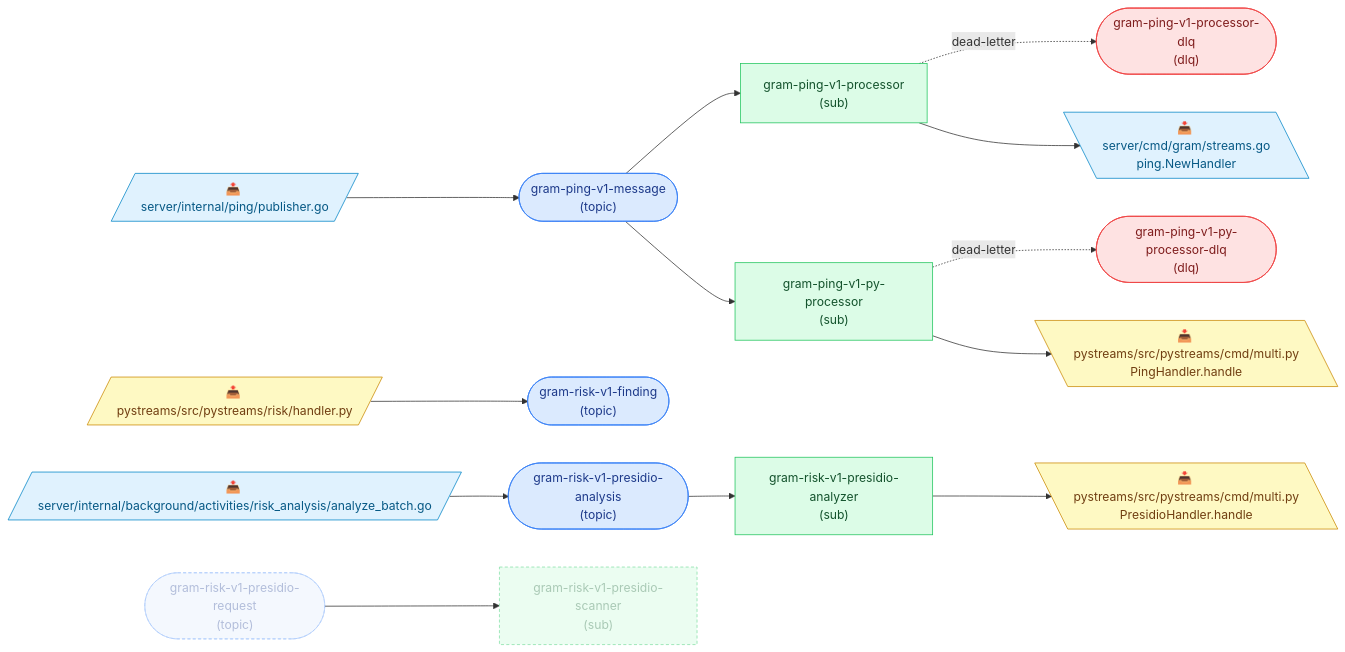
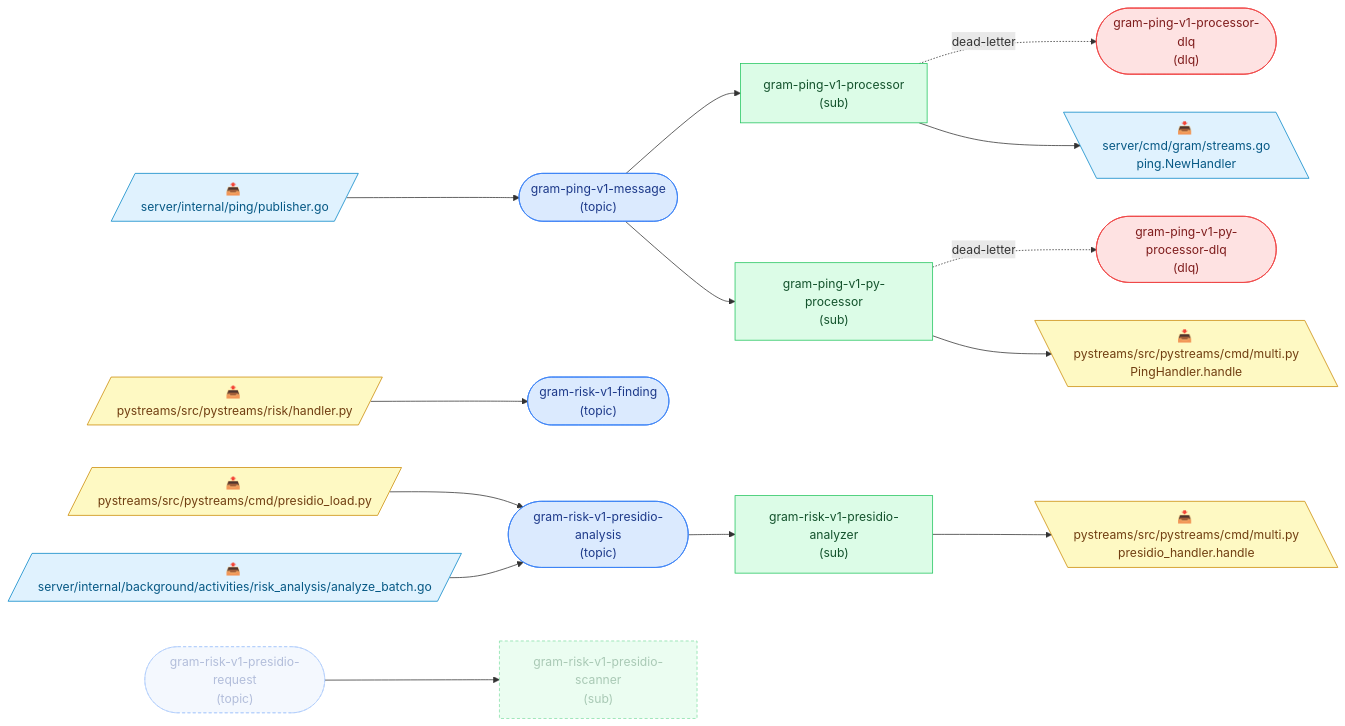
One commit to speakeasy-api/gram changed the diagram in docs/pubsub-topology.md. Above: the diagram before and after it, drawn with Mermaid. The commit also changed other lines of this file, not shown here.

Commit message:
generate infra

````diff
--- a/docs/pubsub-topology.md
+++ b/docs/pubsub-topology.md
@@ -9,57 +9,60 @@
 ```mermaid
 flowchart LR
   classDef topic fill:#dbeafe,stroke:#3b82f6,color:#1e3a8a;
   classDef dlq fill:#fee2e2,stroke:#ef4444,color:#7f1d1d;
   classDef sub fill:#dcfce7,stroke:#22c55e,color:#14532d;
   classDef go fill:#e0f2fe,stroke:#0284c7,color:#075985;
   classDef python fill:#fef9c3,stroke:#ca8a04,color:#713f12;
   classDef deprecated stroke-dasharray:4 3,opacity:0.55;
 
   t_gram_ping_v1_message(["gram-ping-v1-message<br/>(topic)"]):::topic
   click t_gram_ping_v1_message "../infra/proto/gram/ping/v1/ping.proto#L10" "infra/proto/gram/ping/v1/ping.proto"
   t_gram_ping_v1_processor_dlq(["gram-ping-v1-processor-dlq<br/>(dlq)"]):::dlq
   click t_gram_ping_v1_processor_dlq "../infra/proto/gram/ping/v1/processor.proto#L9" "infra/proto/gram/ping/v1/processor.proto"
   t_gram_ping_v1_py_processor_dlq(["gram-ping-v1-py-processor-dlq<br/>(dlq)"]):::dlq
   click t_gram_ping_v1_py_processor_dlq "../infra/proto/gram/ping/v1/processor.proto#L23" "infra/proto/gram/ping/v1/processor.proto"
   t_gram_risk_v1_finding(["gram-risk-v1-finding<br/>(topic)"]):::topic
   click t_gram_risk_v1_finding "../infra/proto/gram/risk/v1/finding.proto#L13" "infra/proto/gram/risk/v1/finding.proto"
   t_gram_risk_v1_presidio_analysis(["gram-risk-v1-presidio-analysis<br/>(topic)"]):::topic
   click t_gram_risk_v1_presidio_analysis "../infra/proto/gram/risk/v1/presidio_analysis.proto#L9" "infra/proto/gram/risk/v1/presidio_analysis.proto"
   t_gram_risk_v1_presidio_request(["gram-risk-v1-presidio-request<br/>(topic)"]):::topic
   click t_gram_risk_v1_presidio_request "../infra/proto/gram/risk/v1/presidio_request.proto#L10" "infra/proto/gram/risk/v1/presidio_request.proto"
   s_gram_ping_v1_processor["gram-ping-v1-processor<br/>(sub)"]:::sub
   click s_gram_ping_v1_processor "../infra/proto/gram/ping/v1/processor.proto#L9" "infra/proto/gram/ping/v1/processor.proto"
   s_gram_ping_v1_py_processor["gram-ping-v1-py-processor<br/>(sub)"]:::sub
   click s_gram_ping_v1_py_processor "../infra/proto/gram/ping/v1/processor.proto#L23" "infra/proto/gram/ping/v1/processor.proto"
   s_gram_risk_v1_presidio_analyzer["gram-risk-v1-presidio-analyzer<br/>(sub)"]:::sub
   click s_gram_risk_v1_presidio_analyzer "../infra/proto/gram/risk/v1/presidio_analyzer.proto#L9" "infra/proto/gram/risk/v1/presidio_analyzer.proto"
   s_gram_risk_v1_presidio_scanner["gram-risk-v1-presidio-scanner<br/>(sub)"]:::sub
   click s_gram_risk_v1_presidio_scanner "../infra/proto/gram/risk/v1/presidio_scanner.proto#L10" "infra/proto/gram/risk/v1/presidio_scanner.proto"
 
   p0[/"📤 server/internal/ping/publisher.go"/]:::go
   p0 --> t_gram_ping_v1_message
   click p0 "../server/internal/ping/publisher.go#L36" "server/internal/ping/publisher.go:36"
   p1[/"📤 pystreams/src/pystreams/risk/handler.py"/]:::python
   p1 --> t_gram_risk_v1_finding
-  click p1 "../pystreams/src/pystreams/risk/handler.py#L217" "pystreams/src/pystreams/risk/handler.py:217"
-  p2[/"📤 server/internal/background/activities/risk_analysis/analyze_batch.go"/]:::go
+  click p1 "../pystreams/src/pystreams/risk/handler.py#L166" "pystreams/src/pystreams/risk/handler.py:166"
+  p2[/"📤 pystreams/src/pystreams/cmd/presidio_load.py"/]:::python
   p2 --> t_gram_risk_v1_presidio_analysis
-  click p2 "../server/internal/background/activities/risk_analysis/analyze_batch.go#L364" "server/internal/background/activities/risk_analysis/analyze_batch.go:364"
+  click p2 "../pystreams/src/pystreams/cmd/presidio_load.py#L85" "pystreams/src/pystreams/cmd/presidio_load.py:85"
+  p3[/"📤 server/internal/background/activities/risk_analysis/analyze_batch.go"/]:::go
+  p3 --> t_gram_risk_v1_presidio_analysis
+  click p3 "../server/internal/background/activities/risk_analysis/analyze_batch.go#L364" "server/internal/background/activities/risk_analysis/analyze_batch.go:364"
   t_gram_ping_v1_message --> s_gram_ping_v1_processor
   s_gram_ping_v1_processor -. dead-letter .-> t_gram_ping_v1_processor_dlq
   t_gram_ping_v1_message --> s_gram_ping_v1_py_processor
   s_gram_ping_v1_py_processor -. dead-letter .-> t_gram_ping_v1_py_processor_dlq
   t_gram_risk_v1_presidio_analysis --> s_gram_risk_v1_presidio_analyzer
   t_gram_risk_v1_presidio_request --> s_gram_risk_v1_presidio_scanner
-  c3[\"📥 server/cmd/gram/streams.go<br/>ping.NewHandler"\]:::go
-  s_gram_ping_v1_processor --> c3
-  click c3 "../server/cmd/gram/streams.go#L215" "server/cmd/gram/streams.go:215"
-  c4[\"📥 pystreams/src/pystreams/cmd/multi.py<br/>PingHandler.handle"\]:::python
-  s_gram_ping_v1_py_processor --> c4
-  click c4 "../pystreams/src/pystreams/cmd/multi.py#L118" "pystreams/src/pystreams/cmd/multi.py:118"
-  c5[\"📥 pystreams/src/pystreams/cmd/multi.py<br/>PresidioHandler.handle"\]:::python
-  s_gram_risk_v1_presidio_analyzer --> c5
-  click c5 "../pystreams/src/pystreams/cmd/multi.py#L123" "pystreams/src/pystreams/cmd/multi.py:123"
+  c4[\"📥 server/cmd/gram/streams.go<br/>ping.NewHandler"\]:::go
+  s_gram_ping_v1_processor --> c4
+  click c4 "../server/cmd/gram/streams.go#L215" "server/cmd/gram/streams.go:215"
+  c5[\"📥 pystreams/src/pystreams/cmd/multi.py<br/>PingHandler.handle"\]:::python
+  s_gram_ping_v1_py_processor --> c5
+  click c5 "../pystreams/src/pystreams/cmd/multi.py#L164" "pystreams/src/pystreams/cmd/multi.py:164"
+  c6[\"📥 pystreams/src/pystreams/cmd/multi.py<br/>presidio_handler.handle"\]:::python
+  s_gram_risk_v1_presidio_analyzer --> c6
+  click c6 "../pystreams/src/pystreams/cmd/multi.py#L169" "pystreams/src/pystreams/cmd/multi.py:169"
 
   class t_gram_risk_v1_presidio_request,s_gram_risk_v1_presidio_scanner deprecated;
 ```
````
